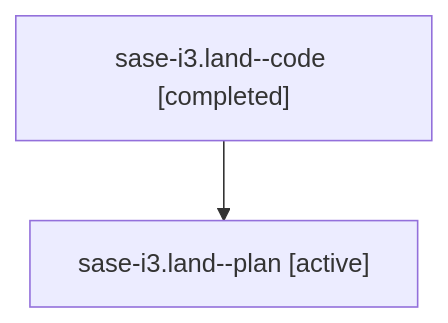
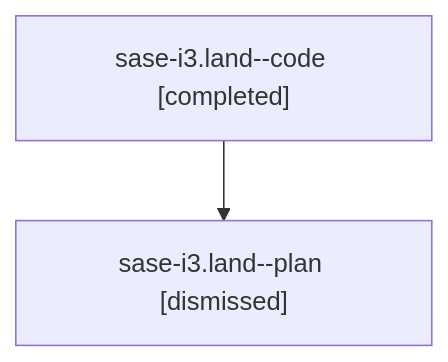
Before and after one commit to sase-org/sase--agents: the diagram in sessions/bbugyi200.athena.sase-i3.land.md, drawn with Mermaid. The commit also changed other lines of this file and 72 other files, not shown here.

````diff
--- a/sessions/bbugyi200.athena.sase-i3.land.md
+++ b/sessions/bbugyi200.athena.sase-i3.land.md
@@ -9,6 +9,6 @@
 ```mermaid
 flowchart TD
   n0["sase-i3.land--code [completed]"]
-  n1["sase-i3.land--plan [active]"]
+  n1["sase-i3.land--plan [dismissed]"]
   n0 --> n1
 ```
````
